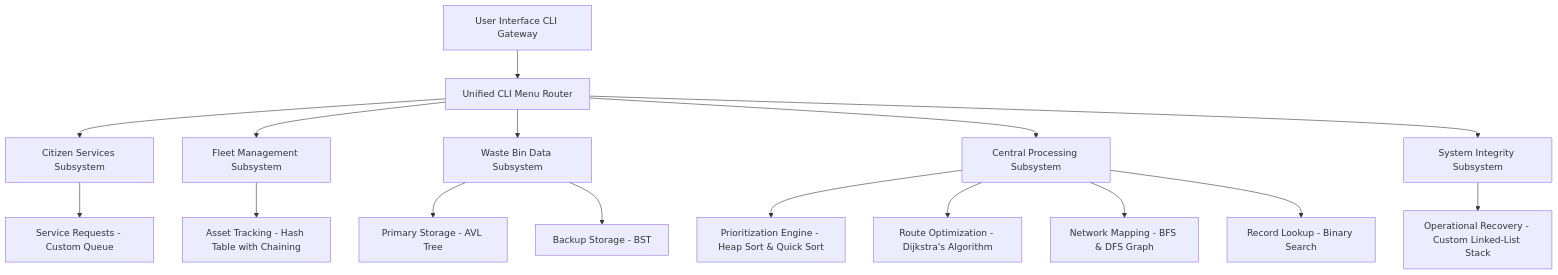
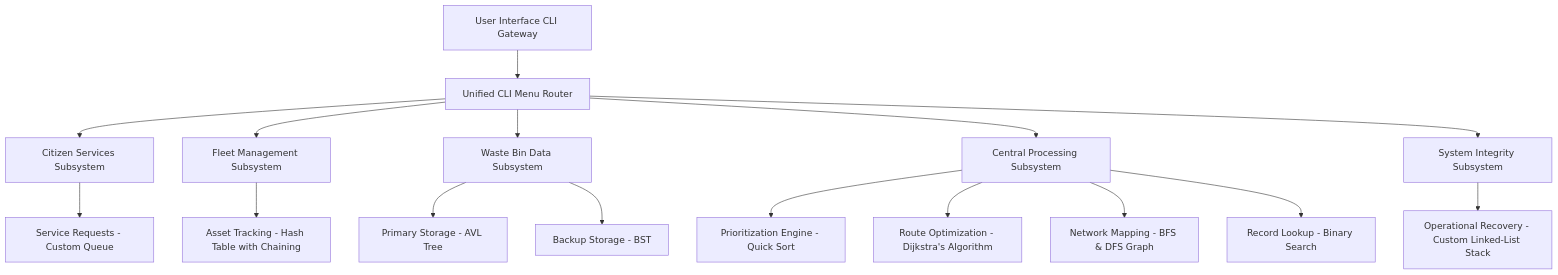
One commit to Ankitraj-17/DSA-Final changed the diagram in README.md. Above: the diagram before and after it, drawn with Mermaid. The commit also changed other lines of this file and 6 other files, not shown here.

Commit message:
Refactor codebase: Remove Heap Sort, centralize mock data in sample_data.h, remove unused text files, deduplicate logic and update README

````diff
--- a/README.md
+++ b/README.md
@@ -80,24 +80,24 @@
 ```mermaid
 graph TD
     A[User Interface CLI Gateway] --> B[Unified CLI Menu Router]
 
     B --> C[Citizen Services Subsystem]
     B --> D[Fleet Management Subsystem]
     B --> E[Waste Bin Data Subsystem]
     B --> F[Central Processing Subsystem]
     B --> G[System Integrity Subsystem]
 
     C --> C1[Service Requests - Custom Queue]
     
     D --> D1[Asset Tracking - Hash Table with Chaining]
     
     E --> E1[Primary Storage - AVL Tree]
     E --> E2[Backup Storage - BST]
     
-    F --> F1[Prioritization Engine - Heap Sort & Quick Sort]
+    F --> F1[Prioritization Engine - Quick Sort]
     F --> F2[Route Optimization - Dijkstra's Algorithm]
     F --> F3[Network Mapping - BFS & DFS Graph]
     F --> F4[Record Lookup - Binary Search]
 
     G --> G1[Operational Recovery - Custom Linked-List Stack]
 ```
````
